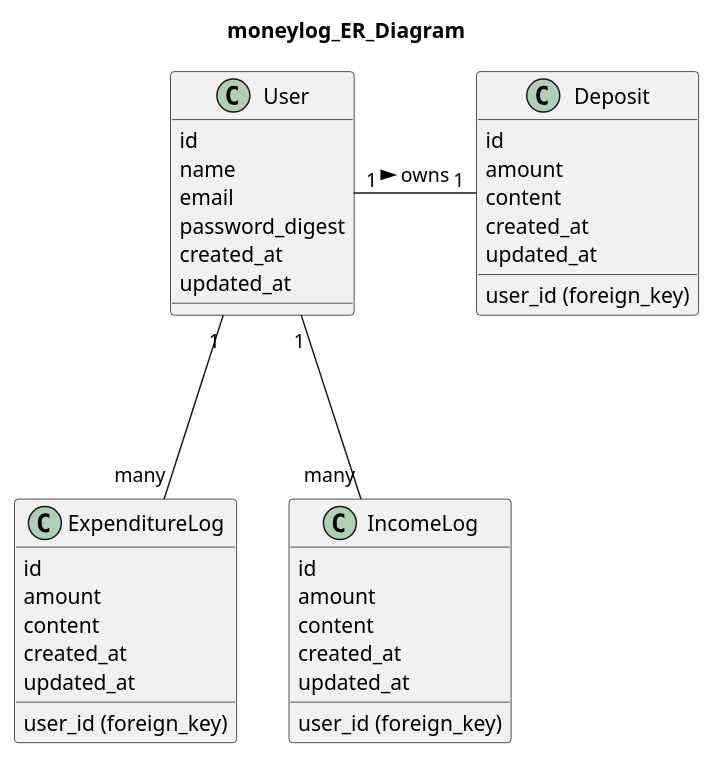
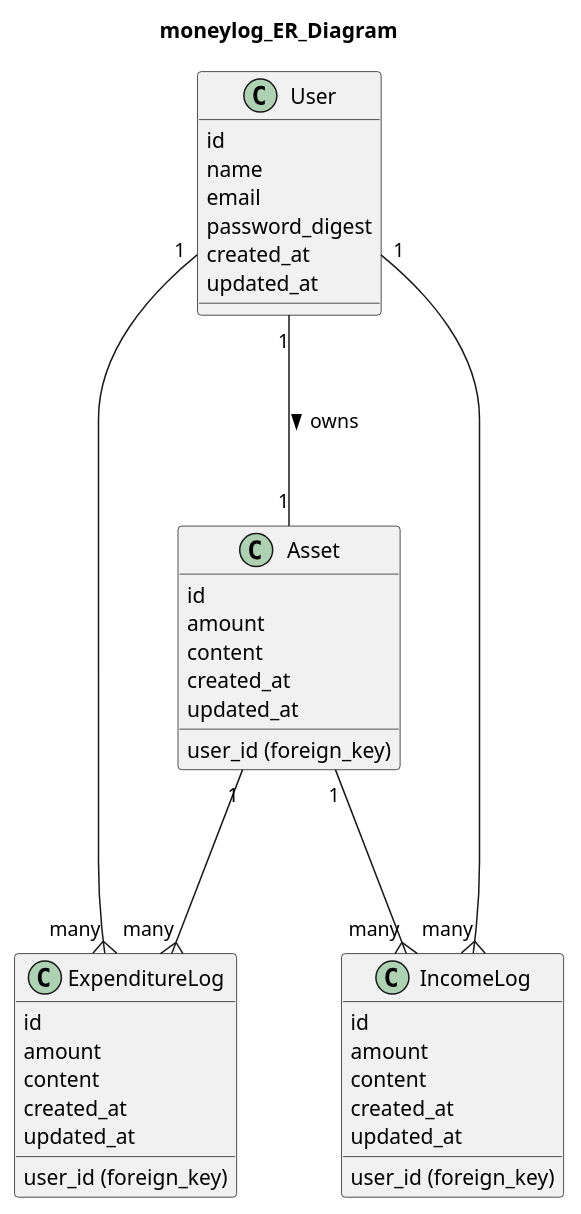
The diagram in moneylog_doc/moneylog_uml.pu (digitter/moneylog), drawn with PlantUML before and after one commit.

Commit message:
modify er diagram

```diff
--- a/moneylog_doc/moneylog_uml.pu
+++ b/moneylog_doc/moneylog_uml.pu
@@ -1,44 +1,55 @@
 @startuml
   title moneylog_ER_Diagram
 
   ' Relationship
-  User "1" - "1" Deposit : > owns
-  User "1" --- "many" ExpenditureLog
-  User "1" --- "many" IncomeLog
+  User "1" --- "1" Asset: owns >
+  User "1" ---{ "many" ExpenditureLog
+  User "1" ---{ "many" IncomeLog
+
+  Asset "1" ---{ "many" ExpenditureLog
+  Asset "1" ---{ "many" IncomeLog
+
+  ' IncomeLog "1" ---{ "many" Tag
+  ' ExpenditureLog "1" ---{ "many" Tag
 
   class User {
     id
     name
     email
     password_digest
     created_at
     updated_at
   }
-
-  class Deposit {
+  class Asset {
     id
     user_id (foreign_key)
     amount
     content
     created_at
     updated_at
   }
-
+  class IncomeLog {
+    id
+    user_id (foreign_key)
+    amount
+    content
+    created_at
+    updated_at
+  }
   class ExpenditureLog {
     id
     user_id (foreign_key)
     amount
     content
     created_at
     updated_at
   }
-
-  class IncomeLog {
-    id
-    user_id (foreign_key)
-    amount
-    content
-    created_at
-    updated_at
-  }
+  ' class Tag {
+  '   id
+  '   income_log_id (foreign_key)
+  '   expenditure_log_id (foreign_key)
+  '   name
+  '   created_at
+  '   updated_at
+  ' }
 @enduml
```
